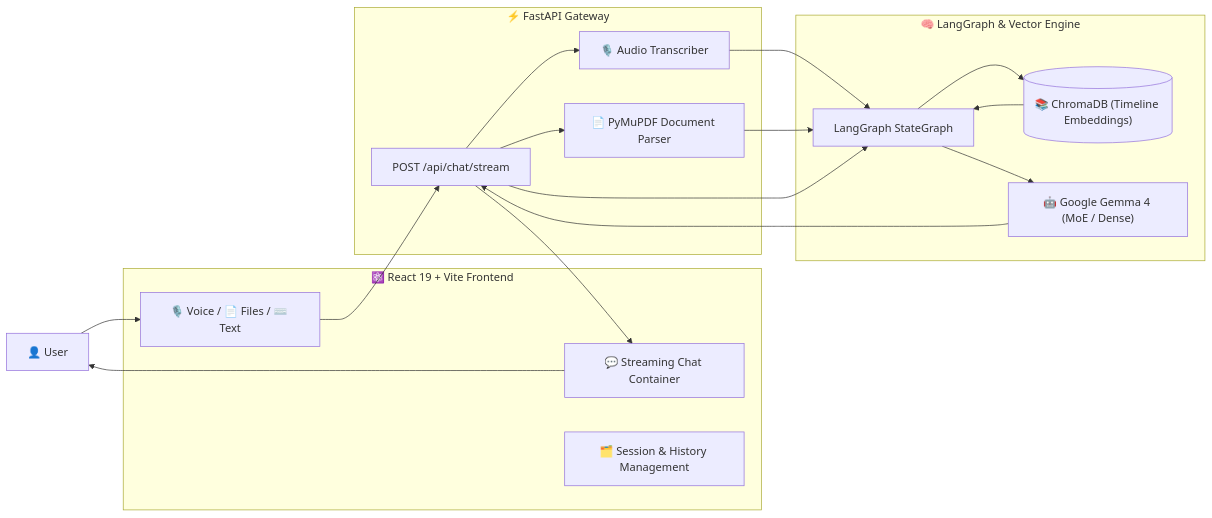
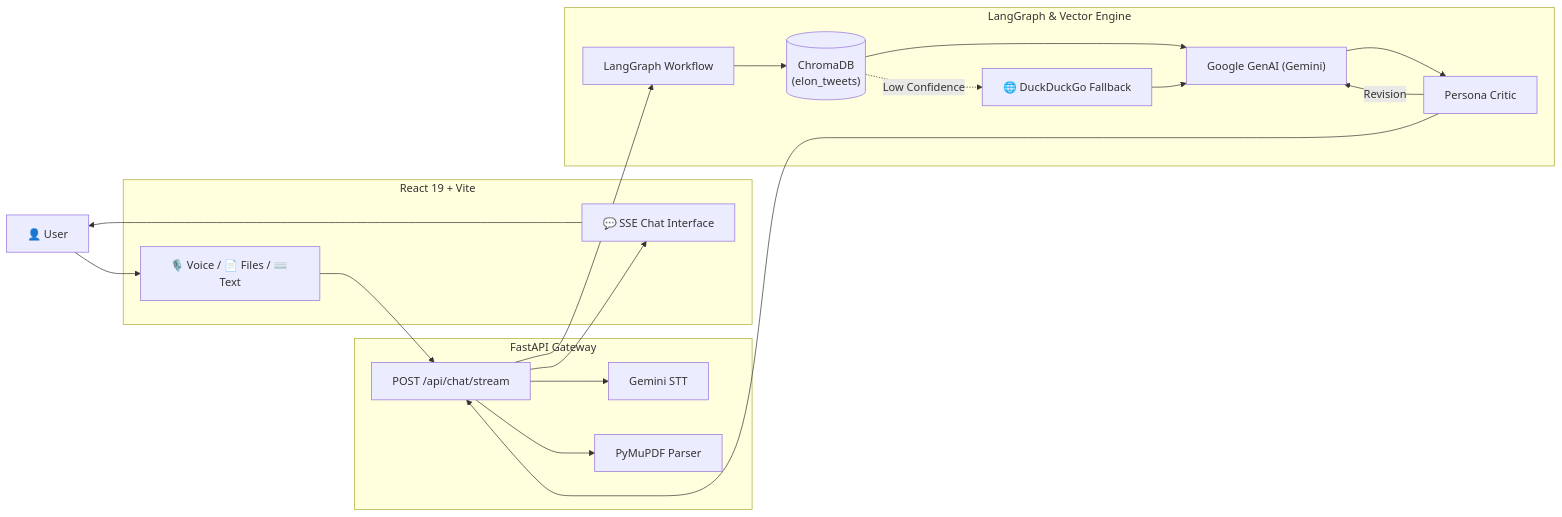
The diagram in README.md (aseesmakkar45/VIBEWRIGHT), drawn with Mermaid before and after one commit. The commit also changed other lines of this file, not shown here.

````diff
--- a/README.md
+++ b/README.md
@@ -93,37 +54,39 @@
 ```mermaid
 flowchart LR
 
 User["👤 User"]
 
-subgraph Frontend ["⚛️ React 19 + Vite Frontend"]
+subgraph Frontend ["React 19 + Vite"]
     Input["🎙️ Voice / 📄 Files / ⌨️ Text"]
-    UI["💬 Streaming Chat Container"]
-    State["🗂️ Session & History Management"]
+    UI["💬 SSE Chat Interface"]
 end
 
-subgraph Backend ["⚡ FastAPI Gateway"]
+subgraph Backend ["FastAPI Gateway"]
     Router["POST /api/chat/stream"]
-    AudioProc["🎙️ Audio Transcriber"]
-    DocProc["📄 PyMuPDF Document Parser"]
+    AudioProc["Gemini STT"]
+    DocProc["PyMuPDF Parser"]
 end
 
-subgraph Intelligence ["🧠 LangGraph & Vector Engine"]
-    Graph["LangGraph StateGraph"]
-    VectorDB[("📚 ChromaDB (Timeline Embeddings)")]
-    LLM["🤖 Google Gemma 4 (MoE / Dense)"]
+subgraph Intelligence ["LangGraph & Vector Engine"]
+    Graph["LangGraph Workflow"]
+    Search["🌐 DuckDuckGo Fallback"]
+    VectorDB[("ChromaDB\n(elon_tweets)")]
+    LLM["Google GenAI (Gemini)"]
+    Critic["Persona Critic"]
 end
 
 User --> Input
 Input --> Router
 Router --> AudioProc
 Router --> DocProc
-AudioProc --> Graph
-DocProc --> Graph
 Router --> Graph
 Graph --> VectorDB
-VectorDB --> Graph
-Graph --> LLM
-LLM --> Router
+VectorDB -.Low Confidence.-> Search
+VectorDB --> LLM
+Search --> LLM
+LLM --> Critic
+Critic --Revision--> LLM
+Critic --> Router
 Router --> UI
 UI --> User
 ```
````
